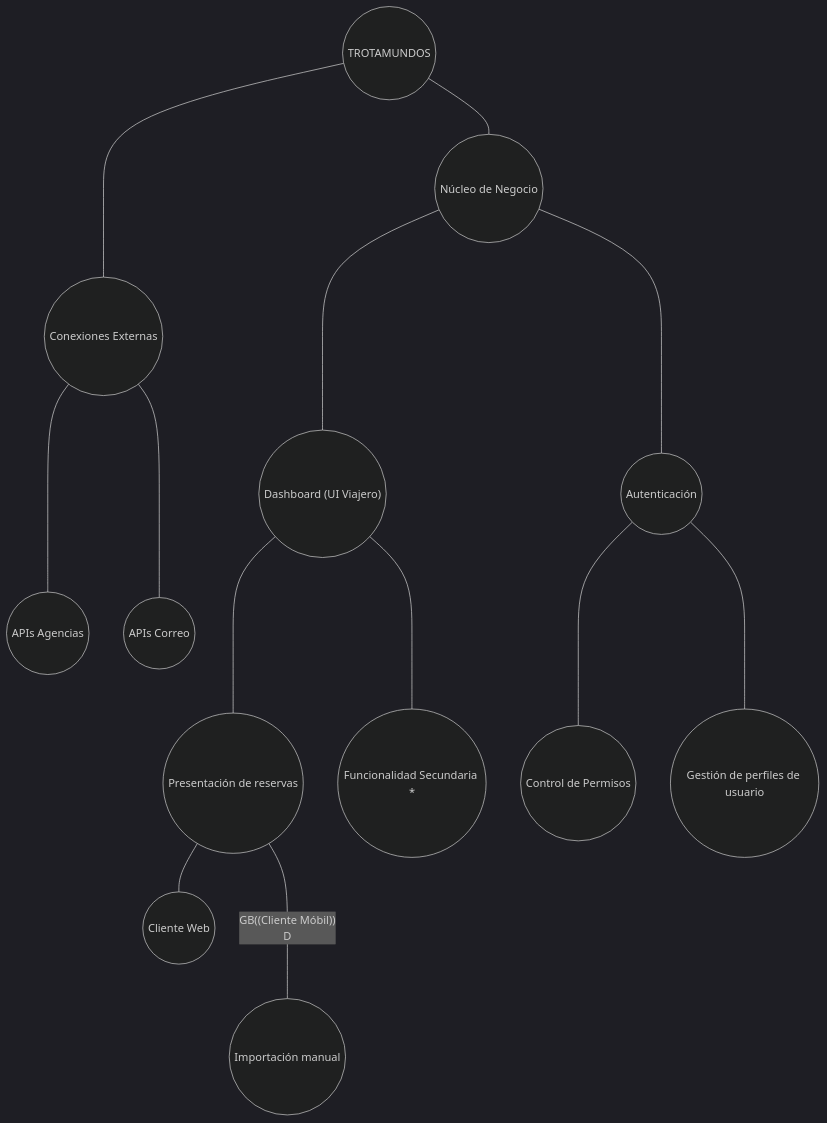
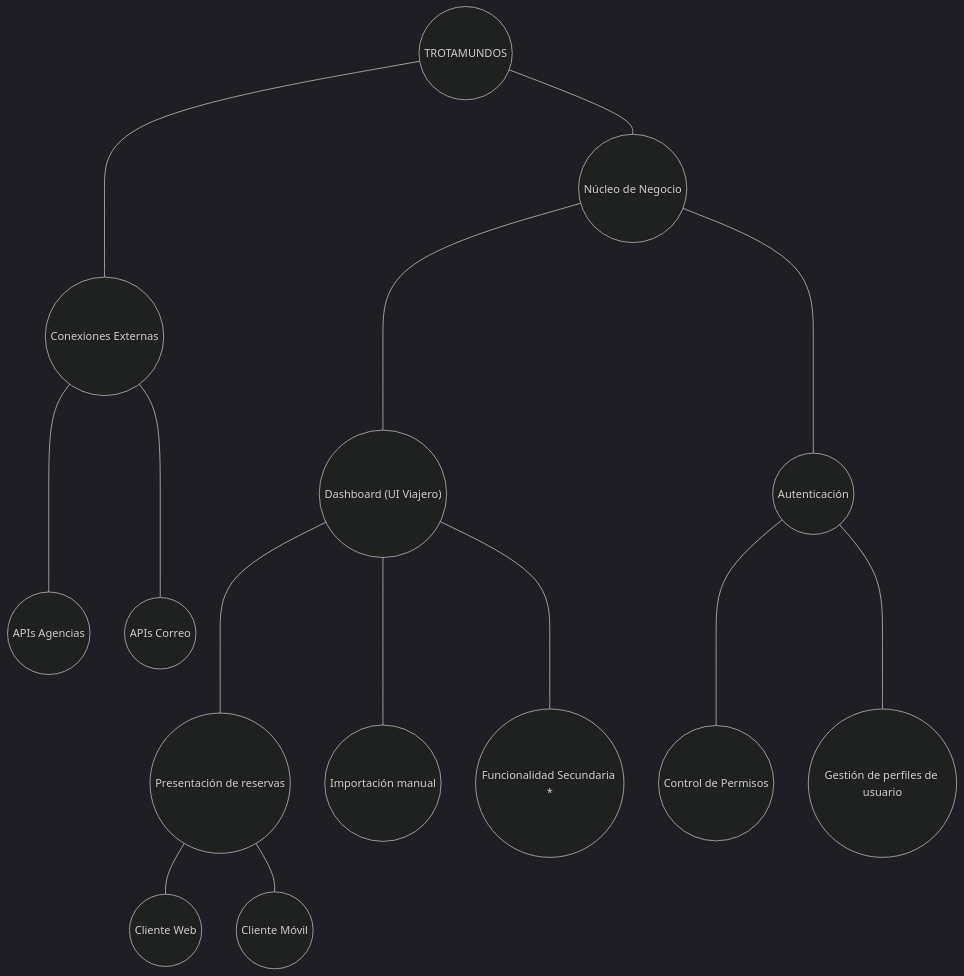
The first of 3 diagrams in docs/02-add/iteracion-5.md (nicolas-wai/trotamundos), drawn with Mermaid (dark theme) before and after one commit. The commit also changed other lines of this file, not shown here.

````diff
--- a/docs/02-add/iteracion-5.md
+++ b/docs/02-add/iteracion-5.md
@@ -50,18 +56,18 @@
 ```mermaid
 graph TD
     A((TROTAMUNDOS)) ---- B((Conexiones Externas))
         B ---- BA((APIs Agencias))
         B ---- BB((APIs Correo))
 
     A --- C((Núcleo de Negocio))
         C ---- D(("Dashboard (UI Viajero) "))
             D ---- G((Presentación de reservas))
                 G --- GA((Cliente Web))
-                G -- GB((Cliente Móbil))
+                G --- GB((Cliente Móvil))
             D ---- E((Importación manual))
             D ---- F((Funcionalidad Secundaria *))
     C ---- J((Autenticación))
         J ---- K((Control de Permisos))
         J ---- H((Gestión de perfiles de usuario))
 
 ```
````
